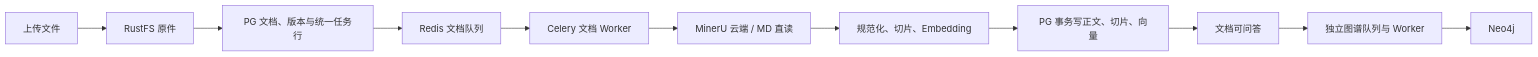
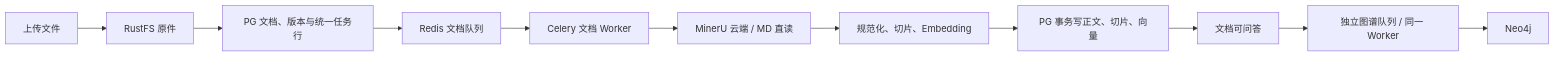
One commit to heiye-vn/enterprise-knowledge-assistant changed the diagram in docs/design.md. Above: the diagram before and after it, drawn with Mermaid. The commit also changed other lines of this file and 46 other files, not shown here.

````diff
--- a/docs/design.md
+++ b/docs/design.md
@@ -82,13 +87,13 @@
 ```mermaid
 flowchart LR
     U[上传文件] --> O[RustFS 原件]
     O --> P[PG 文档、版本与统一任务行]
     P --> Q[Redis 文档队列]
     Q --> W[Celery 文档 Worker]
     W --> M[MinerU 云端 / MD 直读]
     M --> C[规范化、切片、Embedding]
     C --> V[PG 事务写正文、切片、向量]
     V --> R[文档可问答]
-    R --> G[独立图谱队列与 Worker]
+    R --> G[独立图谱队列 / 同一 Worker]
     G --> N[Neo4j]
 ```
````
